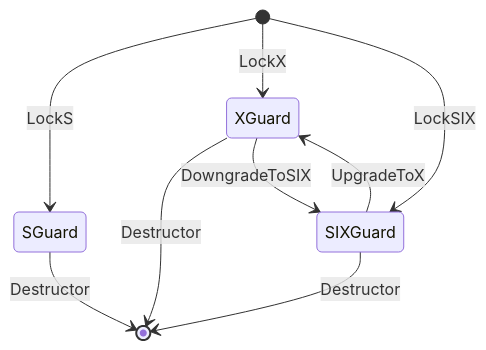
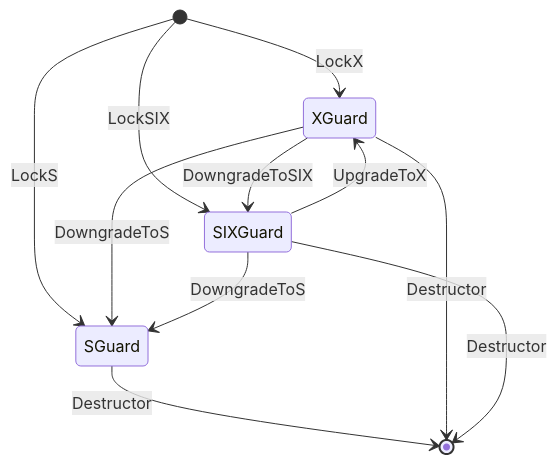
Before and after one commit to dbgroup-nagoya-u/cpp-utility: the first of 3 diagrams in design_doc/lock.md, drawn with Mermaid. The commit also changed other lines of this file and 10 other files, not shown here.

````diff
--- a/design_doc/lock.md
+++ b/design_doc/lock.md
@@ -23,11 +23,13 @@
 ```mermaid
 stateDiagram-v2
     [*] --> SGuard : LockS
     [*] --> XGuard : LockX
     [*] --> SIXGuard : LockSIX
     SGuard --> [*] : Destructor
     XGuard --> [*] : Destructor
     XGuard --> SIXGuard : DowngradeToSIX
+    XGuard --> SGuard : DowngradeToS
     SIXGuard --> [*] : Destructor
     SIXGuard --> XGuard : UpgradeToX
+    SIXGuard --> SGuard : DowngradeToS
 ```
````
